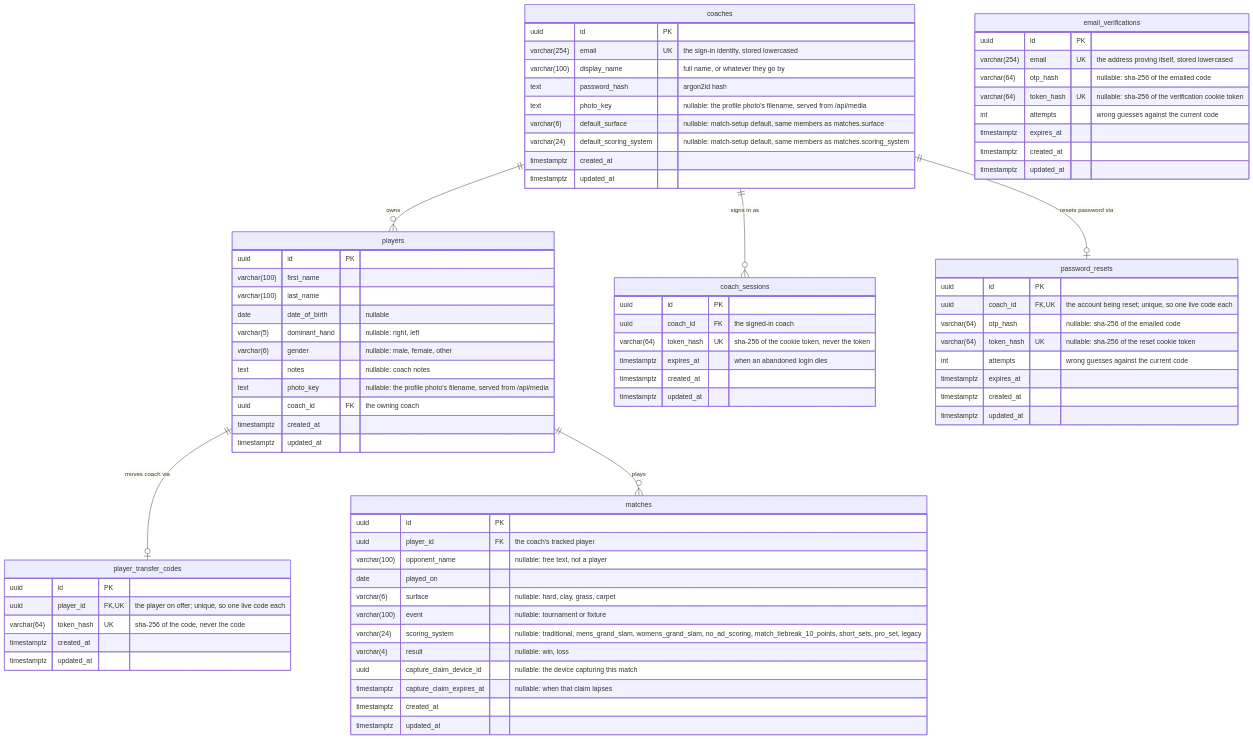
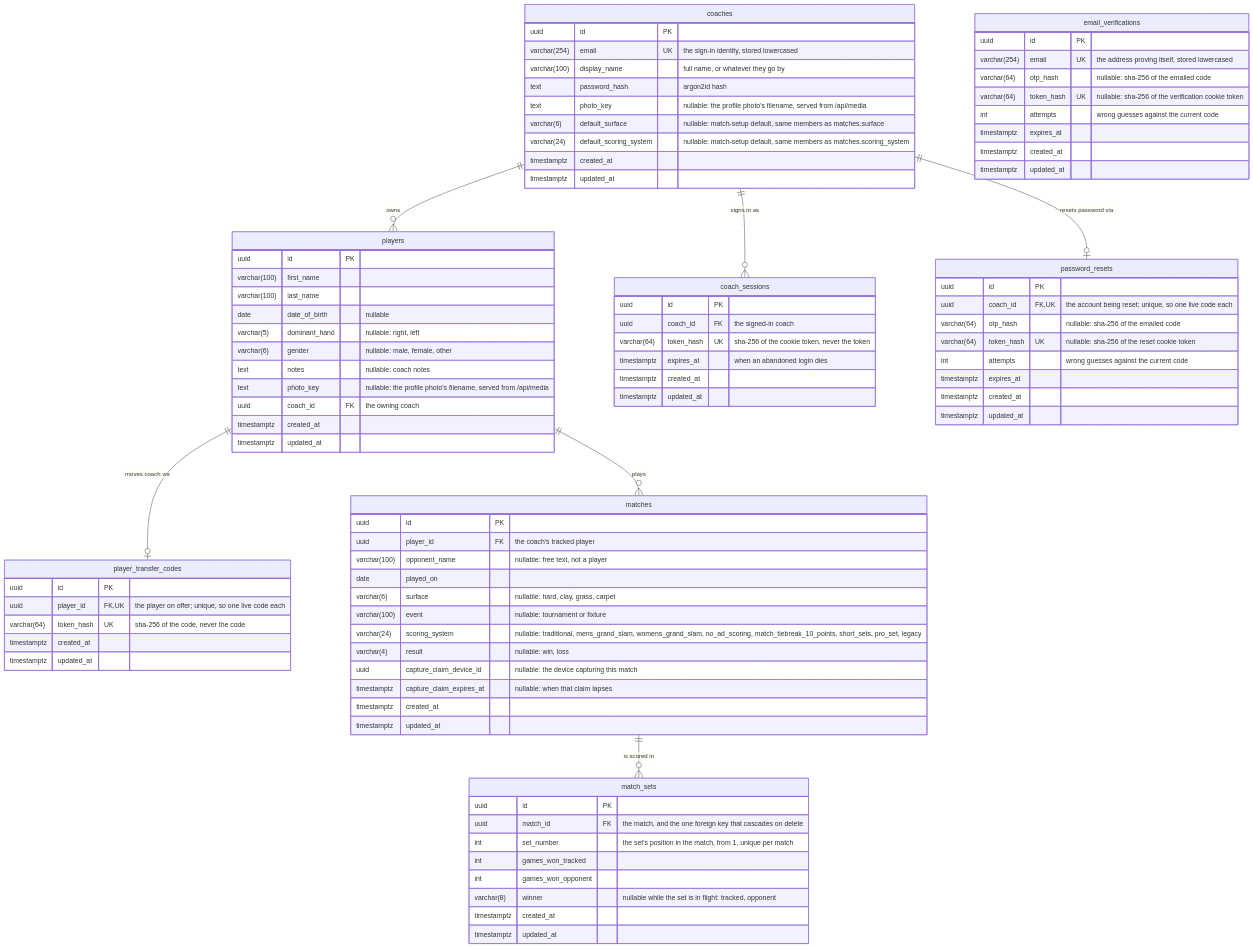
Before and after one commit to tkabalin/matchpoint: the diagram in docs/data-model.md, drawn with Mermaid. The commit also changed other lines of this file and 12 other files, not shown here.

First line of the commit message:
feat(api): add the derived match_sets table

````diff
--- a/docs/data-model.md
+++ b/docs/data-model.md
@@ -16,6 +16,7 @@
     coaches ||--o| password_resets : "resets password via"
     players ||--o| player_transfer_codes : "moves coach via"
     players ||--o{ matches : plays
+    matches ||--o{ match_sets : "is scored in"
 
     coaches {
         uuid id PK
@@ -96,4 +97,15 @@
         timestamptz created_at
         timestamptz updated_at
     }
+
+    match_sets {
+        uuid id PK
+        uuid match_id FK "the match, and the one foreign key that cascades on delete"
+        int set_number "the set's position in the match, from 1, unique per match"
+        int games_won_tracked
+        int games_won_opponent
+        varchar(8) winner "nullable while the set is in flight: tracked, opponent"
+        timestamptz created_at
+        timestamptz updated_at
+    }
 ```
````
